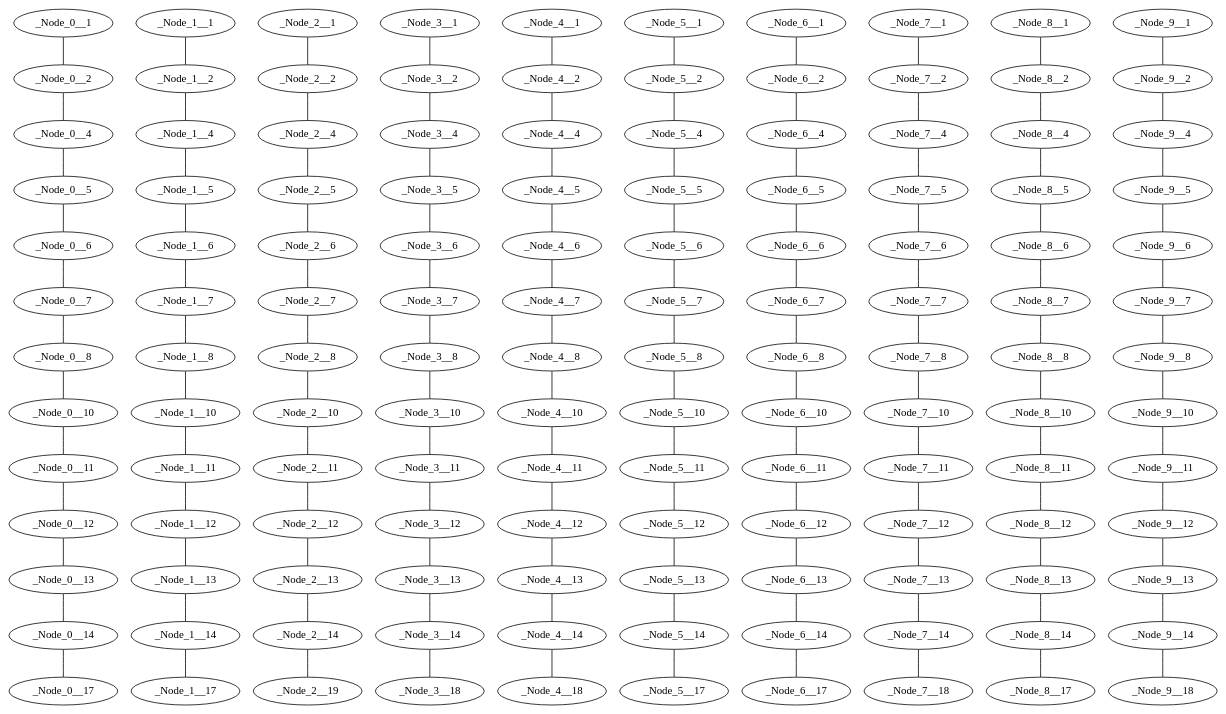
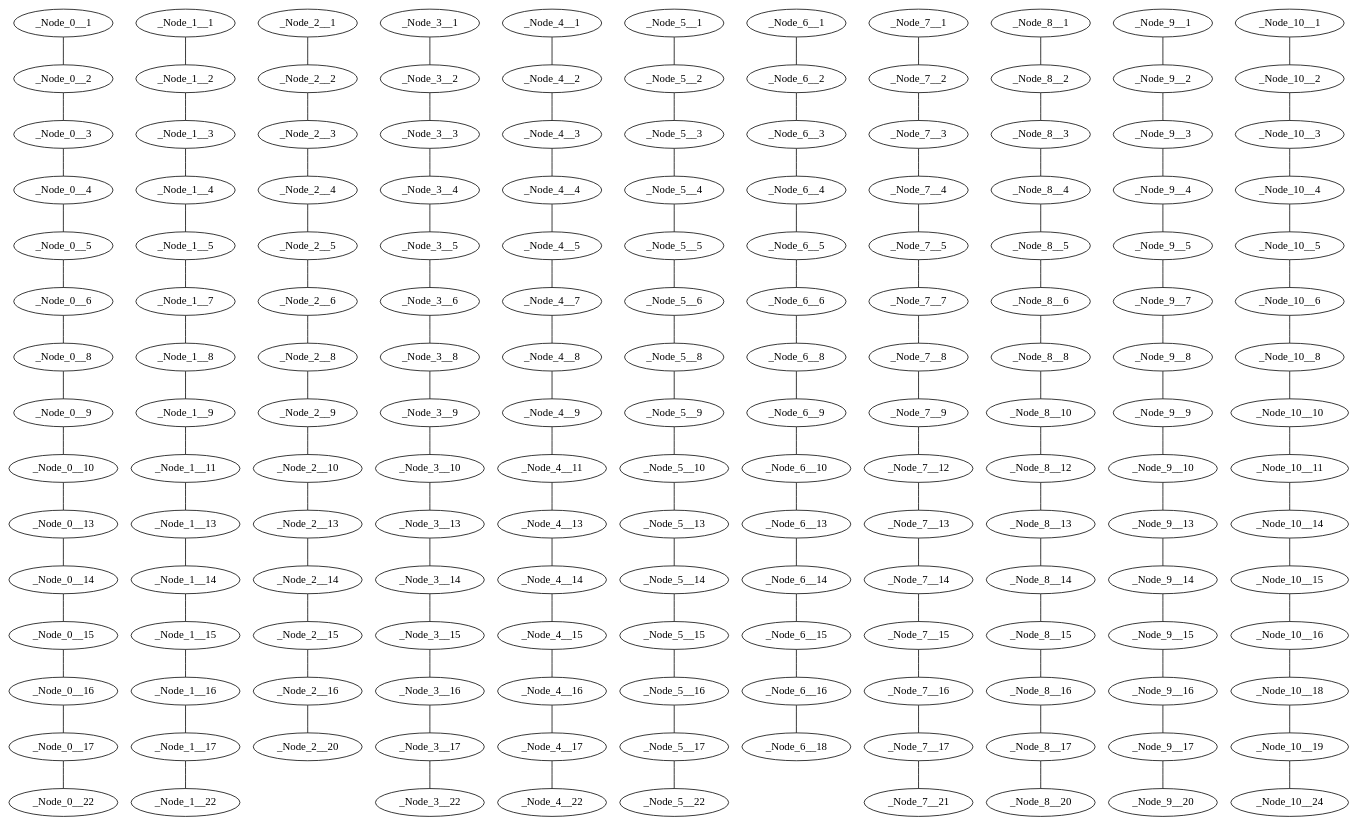
The diagram in doctest-output/longest-chain-table.gv (redkirti/P2P-Cryptocurrency-Network-Simulator), drawn with Graphviz before and after one commit. The commit also changed 10 other files, not shown here.

```diff
--- a/doctest-output/longest-chain-table.gv
+++ b/doctest-output/longest-chain-table.gv
@@ -3,251 +3,316 @@
 	_Node_0__1
 	_Node_0__2
 	_Node_0__1 -- _Node_0__2
+	_Node_0__3
+	_Node_0__2 -- _Node_0__3
 	_Node_0__4
-	_Node_0__2 -- _Node_0__4
+	_Node_0__3 -- _Node_0__4
 	_Node_0__5
 	_Node_0__4 -- _Node_0__5
 	_Node_0__6
 	_Node_0__5 -- _Node_0__6
-	_Node_0__7
-	_Node_0__6 -- _Node_0__7
 	_Node_0__8
-	_Node_0__7 -- _Node_0__8
+	_Node_0__6 -- _Node_0__8
+	_Node_0__9
+	_Node_0__8 -- _Node_0__9
 	_Node_0__10
-	_Node_0__8 -- _Node_0__10
-	_Node_0__11
-	_Node_0__10 -- _Node_0__11
-	_Node_0__12
-	_Node_0__11 -- _Node_0__12
+	_Node_0__9 -- _Node_0__10
 	_Node_0__13
-	_Node_0__12 -- _Node_0__13
+	_Node_0__10 -- _Node_0__13
 	_Node_0__14
 	_Node_0__13 -- _Node_0__14
+	_Node_0__15
+	_Node_0__14 -- _Node_0__15
+	_Node_0__16
+	_Node_0__15 -- _Node_0__16
 	_Node_0__17
-	_Node_0__14 -- _Node_0__17
+	_Node_0__16 -- _Node_0__17
+	_Node_0__22
+	_Node_0__17 -- _Node_0__22
 	_Node_1__1
 	_Node_1__2
 	_Node_1__1 -- _Node_1__2
+	_Node_1__3
+	_Node_1__2 -- _Node_1__3
 	_Node_1__4
-	_Node_1__2 -- _Node_1__4
+	_Node_1__3 -- _Node_1__4
 	_Node_1__5
 	_Node_1__4 -- _Node_1__5
-	_Node_1__6
-	_Node_1__5 -- _Node_1__6
 	_Node_1__7
-	_Node_1__6 -- _Node_1__7
+	_Node_1__5 -- _Node_1__7
 	_Node_1__8
 	_Node_1__7 -- _Node_1__8
-	_Node_1__10
-	_Node_1__8 -- _Node_1__10
+	_Node_1__9
+	_Node_1__8 -- _Node_1__9
 	_Node_1__11
-	_Node_1__10 -- _Node_1__11
-	_Node_1__12
-	_Node_1__11 -- _Node_1__12
+	_Node_1__9 -- _Node_1__11
 	_Node_1__13
-	_Node_1__12 -- _Node_1__13
+	_Node_1__11 -- _Node_1__13
 	_Node_1__14
 	_Node_1__13 -- _Node_1__14
+	_Node_1__15
+	_Node_1__14 -- _Node_1__15
+	_Node_1__16
+	_Node_1__15 -- _Node_1__16
 	_Node_1__17
-	_Node_1__14 -- _Node_1__17
+	_Node_1__16 -- _Node_1__17
+	_Node_1__22
+	_Node_1__17 -- _Node_1__22
 	_Node_2__1
 	_Node_2__2
 	_Node_2__1 -- _Node_2__2
+	_Node_2__3
+	_Node_2__2 -- _Node_2__3
 	_Node_2__4
-	_Node_2__2 -- _Node_2__4
+	_Node_2__3 -- _Node_2__4
 	_Node_2__5
 	_Node_2__4 -- _Node_2__5
 	_Node_2__6
 	_Node_2__5 -- _Node_2__6
-	_Node_2__7
-	_Node_2__6 -- _Node_2__7
 	_Node_2__8
-	_Node_2__7 -- _Node_2__8
+	_Node_2__6 -- _Node_2__8
+	_Node_2__9
+	_Node_2__8 -- _Node_2__9
 	_Node_2__10
-	_Node_2__8 -- _Node_2__10
-	_Node_2__11
-	_Node_2__10 -- _Node_2__11
-	_Node_2__12
-	_Node_2__11 -- _Node_2__12
+	_Node_2__9 -- _Node_2__10
 	_Node_2__13
-	_Node_2__12 -- _Node_2__13
+	_Node_2__10 -- _Node_2__13
 	_Node_2__14
 	_Node_2__13 -- _Node_2__14
-	_Node_2__19
-	_Node_2__14 -- _Node_2__19
+	_Node_2__15
+	_Node_2__14 -- _Node_2__15
+	_Node_2__16
+	_Node_2__15 -- _Node_2__16
+	_Node_2__20
+	_Node_2__16 -- _Node_2__20
 	_Node_3__1
 	_Node_3__2
 	_Node_3__1 -- _Node_3__2
+	_Node_3__3
+	_Node_3__2 -- _Node_3__3
 	_Node_3__4
-	_Node_3__2 -- _Node_3__4
+	_Node_3__3 -- _Node_3__4
 	_Node_3__5
 	_Node_3__4 -- _Node_3__5
 	_Node_3__6
 	_Node_3__5 -- _Node_3__6
-	_Node_3__7
-	_Node_3__6 -- _Node_3__7
 	_Node_3__8
-	_Node_3__7 -- _Node_3__8
+	_Node_3__6 -- _Node_3__8
+	_Node_3__9
+	_Node_3__8 -- _Node_3__9
 	_Node_3__10
-	_Node_3__8 -- _Node_3__10
-	_Node_3__11
-	_Node_3__10 -- _Node_3__11
-	_Node_3__12
-	_Node_3__11 -- _Node_3__12
+	_Node_3__9 -- _Node_3__10
 	_Node_3__13
-	_Node_3__12 -- _Node_3__13
+	_Node_3__10 -- _Node_3__13
 	_Node_3__14
 	_Node_3__13 -- _Node_3__14
-	_Node_3__18
-	_Node_3__14 -- _Node_3__18
+	_Node_3__15
+	_Node_3__14 -- _Node_3__15
+	_Node_3__16
+	_Node_3__15 -- _Node_3__16
+	_Node_3__17
+	_Node_3__16 -- _Node_3__17
+	_Node_3__22
+	_Node_3__17 -- _Node_3__22
 	_Node_4__1
 	_Node_4__2
 	_Node_4__1 -- _Node_4__2
+	_Node_4__3
+	_Node_4__2 -- _Node_4__3
 	_Node_4__4
-	_Node_4__2 -- _Node_4__4
+	_Node_4__3 -- _Node_4__4
 	_Node_4__5
 	_Node_4__4 -- _Node_4__5
-	_Node_4__6
-	_Node_4__5 -- _Node_4__6
 	_Node_4__7
-	_Node_4__6 -- _Node_4__7
+	_Node_4__5 -- _Node_4__7
 	_Node_4__8
 	_Node_4__7 -- _Node_4__8
-	_Node_4__10
-	_Node_4__8 -- _Node_4__10
+	_Node_4__9
+	_Node_4__8 -- _Node_4__9
 	_Node_4__11
-	_Node_4__10 -- _Node_4__11
-	_Node_4__12
-	_Node_4__11 -- _Node_4__12
+	_Node_4__9 -- _Node_4__11
 	_Node_4__13
-	_Node_4__12 -- _Node_4__13
+	_Node_4__11 -- _Node_4__13
 	_Node_4__14
 	_Node_4__13 -- _Node_4__14
-	_Node_4__18
-	_Node_4__14 -- _Node_4__18
+	_Node_4__15
+	_Node_4__14 -- _Node_4__15
+	_Node_4__16
+	_Node_4__15 -- _Node_4__16
+	_Node_4__17
+	_Node_4__16 -- _Node_4__17
+	_Node_4__22
+	_Node_4__17 -- _Node_4__22
 	_Node_5__1
 	_Node_5__2
 	_Node_5__1 -- _Node_5__2
+	_Node_5__3
+	_Node_5__2 -- _Node_5__3
 	_Node_5__4
-	_Node_5__2 -- _Node_5__4
+	_Node_5__3 -- _Node_5__4
 	_Node_5__5
 	_Node_5__4 -- _Node_5__5
 	_Node_5__6
 	_Node_5__5 -- _Node_5__6
-	_Node_5__7
-	_Node_5__6 -- _Node_5__7
 	_Node_5__8
-	_Node_5__7 -- _Node_5__8
+	_Node_5__6 -- _Node_5__8
+	_Node_5__9
+	_Node_5__8 -- _Node_5__9
 	_Node_5__10
-	_Node_5__8 -- _Node_5__10
-	_Node_5__11
-	_Node_5__10 -- _Node_5__11
-	_Node_5__12
-	_Node_5__11 -- _Node_5__12
+	_Node_5__9 -- _Node_5__10
 	_Node_5__13
-	_Node_5__12 -- _Node_5__13
+	_Node_5__10 -- _Node_5__13
 	_Node_5__14
 	_Node_5__13 -- _Node_5__14
+	_Node_5__15
+	_Node_5__14 -- _Node_5__15
+	_Node_5__16
+	_Node_5__15 -- _Node_5__16
 	_Node_5__17
-	_Node_5__14 -- _Node_5__17
+	_Node_5__16 -- _Node_5__17
+	_Node_5__22
+	_Node_5__17 -- _Node_5__22
 	_Node_6__1
 	_Node_6__2
 	_Node_6__1 -- _Node_6__2
+	_Node_6__3
+	_Node_6__2 -- _Node_6__3
 	_Node_6__4
-	_Node_6__2 -- _Node_6__4
+	_Node_6__3 -- _Node_6__4
 	_Node_6__5
 	_Node_6__4 -- _Node_6__5
 	_Node_6__6
 	_Node_6__5 -- _Node_6__6
-	_Node_6__7
-	_Node_6__6 -- _Node_6__7
 	_Node_6__8
-	_Node_6__7 -- _Node_6__8
+	_Node_6__6 -- _Node_6__8
+	_Node_6__9
+	_Node_6__8 -- _Node_6__9
 	_Node_6__10
-	_Node_6__8 -- _Node_6__10
-	_Node_6__11
-	_Node_6__10 -- _Node_6__11
-	_Node_6__12
-	_Node_6__11 -- _Node_6__12
+	_Node_6__9 -- _Node_6__10
 	_Node_6__13
-	_Node_6__12 -- _Node_6__13
+	_Node_6__10 -- _Node_6__13
 	_Node_6__14
 	_Node_6__13 -- _Node_6__14
-	_Node_6__17
-	_Node_6__14 -- _Node_6__17
+	_Node_6__15
+	_Node_6__14 -- _Node_6__15
+	_Node_6__16
+	_Node_6__15 -- _Node_6__16
+	_Node_6__18
+	_Node_6__16 -- _Node_6__18
 	_Node_7__1
 	_Node_7__2
 	_Node_7__1 -- _Node_7__2
+	_Node_7__3
+	_Node_7__2 -- _Node_7__3
 	_Node_7__4
-	_Node_7__2 -- _Node_7__4
+	_Node_7__3 -- _Node_7__4
 	_Node_7__5
 	_Node_7__4 -- _Node_7__5
-	_Node_7__6
-	_Node_7__5 -- _Node_7__6
 	_Node_7__7
-	_Node_7__6 -- _Node_7__7
+	_Node_7__5 -- _Node_7__7
 	_Node_7__8
 	_Node_7__7 -- _Node_7__8
-	_Node_7__10
-	_Node_7__8 -- _Node_7__10
-	_Node_7__11
-	_Node_7__10 -- _Node_7__11
+	_Node_7__9
+	_Node_7__8 -- _Node_7__9
 	_Node_7__12
-	_Node_7__11 -- _Node_7__12
+	_Node_7__9 -- _Node_7__12
 	_Node_7__13
 	_Node_7__12 -- _Node_7__13
 	_Node_7__14
 	_Node_7__13 -- _Node_7__14
-	_Node_7__18
-	_Node_7__14 -- _Node_7__18
+	_Node_7__15
+	_Node_7__14 -- _Node_7__15
+	_Node_7__16
+	_Node_7__15 -- _Node_7__16
+	_Node_7__17
+	_Node_7__16 -- _Node_7__17
+	_Node_7__21
+	_Node_7__17 -- _Node_7__21
 	_Node_8__1
 	_Node_8__2
 	_Node_8__1 -- _Node_8__2
+	_Node_8__3
+	_Node_8__2 -- _Node_8__3
 	_Node_8__4
-	_Node_8__2 -- _Node_8__4
+	_Node_8__3 -- _Node_8__4
 	_Node_8__5
 	_Node_8__4 -- _Node_8__5
 	_Node_8__6
 	_Node_8__5 -- _Node_8__6
-	_Node_8__7
-	_Node_8__6 -- _Node_8__7
 	_Node_8__8
-	_Node_8__7 -- _Node_8__8
+	_Node_8__6 -- _Node_8__8
 	_Node_8__10
 	_Node_8__8 -- _Node_8__10
-	_Node_8__11
-	_Node_8__10 -- _Node_8__11
 	_Node_8__12
-	_Node_8__11 -- _Node_8__12
+	_Node_8__10 -- _Node_8__12
 	_Node_8__13
 	_Node_8__12 -- _Node_8__13
 	_Node_8__14
 	_Node_8__13 -- _Node_8__14
+	_Node_8__15
+	_Node_8__14 -- _Node_8__15
+	_Node_8__16
+	_Node_8__15 -- _Node_8__16
 	_Node_8__17
-	_Node_8__14 -- _Node_8__17
+	_Node_8__16 -- _Node_8__17
+	_Node_8__20
+	_Node_8__17 -- _Node_8__20
 	_Node_9__1
 	_Node_9__2
 	_Node_9__1 -- _Node_9__2
+	_Node_9__3
+	_Node_9__2 -- _Node_9__3
 	_Node_9__4
-	_Node_9__2 -- _Node_9__4
+	_Node_9__3 -- _Node_9__4
 	_Node_9__5
 	_Node_9__4 -- _Node_9__5
-	_Node_9__6
-	_Node_9__5 -- _Node_9__6
 	_Node_9__7
-	_Node_9__6 -- _Node_9__7
+	_Node_9__5 -- _Node_9__7
 	_Node_9__8
 	_Node_9__7 -- _Node_9__8
+	_Node_9__9
+	_Node_9__8 -- _Node_9__9
 	_Node_9__10
-	_Node_9__8 -- _Node_9__10
-	_Node_9__11
-	_Node_9__10 -- _Node_9__11
-	_Node_9__12
-	_Node_9__11 -- _Node_9__12
+	_Node_9__9 -- _Node_9__10
 	_Node_9__13
-	_Node_9__12 -- _Node_9__13
+	_Node_9__10 -- _Node_9__13
 	_Node_9__14
 	_Node_9__13 -- _Node_9__14
-	_Node_9__18
-	_Node_9__14 -- _Node_9__18
+	_Node_9__15
+	_Node_9__14 -- _Node_9__15
+	_Node_9__16
+	_Node_9__15 -- _Node_9__16
+	_Node_9__17
+	_Node_9__16 -- _Node_9__17
+	_Node_9__20
+	_Node_9__17 -- _Node_9__20
+	_Node_10__1
+	_Node_10__2
+	_Node_10__1 -- _Node_10__2
+	_Node_10__3
+	_Node_10__2 -- _Node_10__3
+	_Node_10__4
+	_Node_10__3 -- _Node_10__4
+	_Node_10__5
+	_Node_10__4 -- _Node_10__5
+	_Node_10__6
+	_Node_10__5 -- _Node_10__6
+	_Node_10__8
+	_Node_10__6 -- _Node_10__8
+	_Node_10__10
+	_Node_10__8 -- _Node_10__10
+	_Node_10__11
+	_Node_10__10 -- _Node_10__11
+	_Node_10__14
+	_Node_10__11 -- _Node_10__14
+	_Node_10__15
+	_Node_10__14 -- _Node_10__15
+	_Node_10__16
+	_Node_10__15 -- _Node_10__16
+	_Node_10__18
+	_Node_10__16 -- _Node_10__18
+	_Node_10__19
+	_Node_10__18 -- _Node_10__19
+	_Node_10__24
+	_Node_10__19 -- _Node_10__24
 }
```
